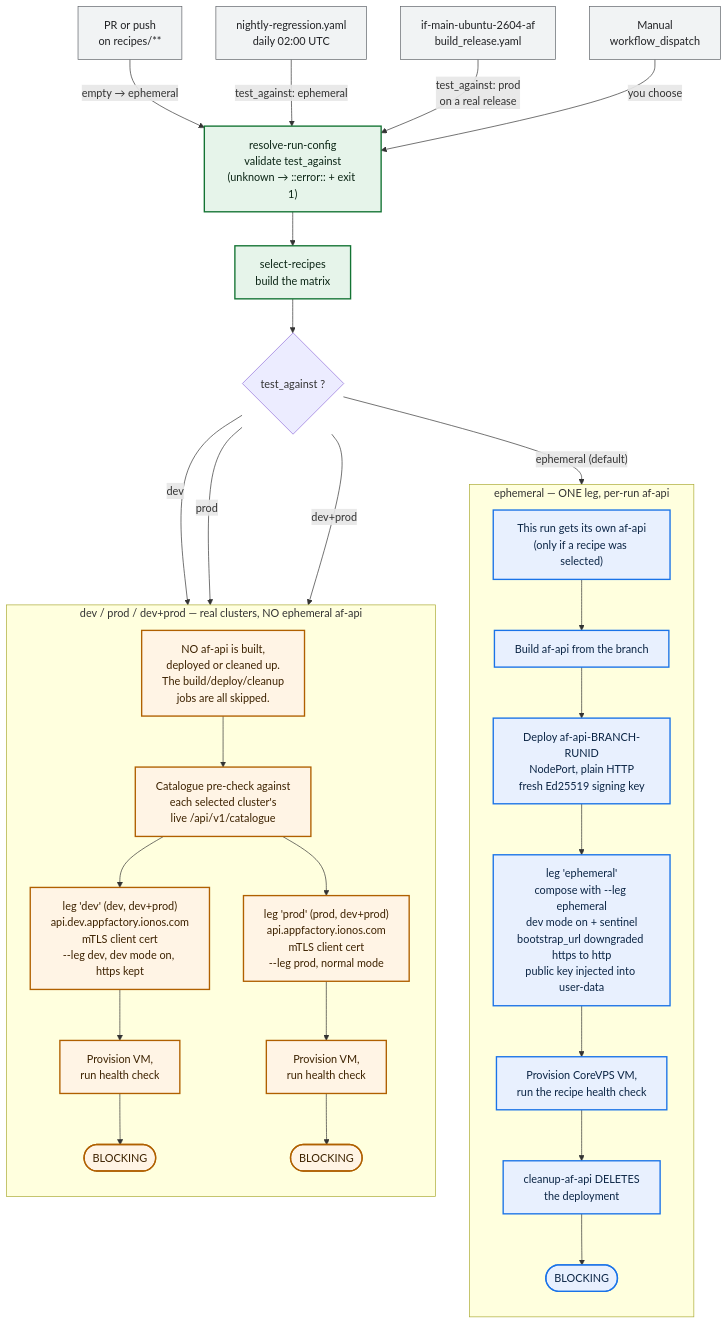
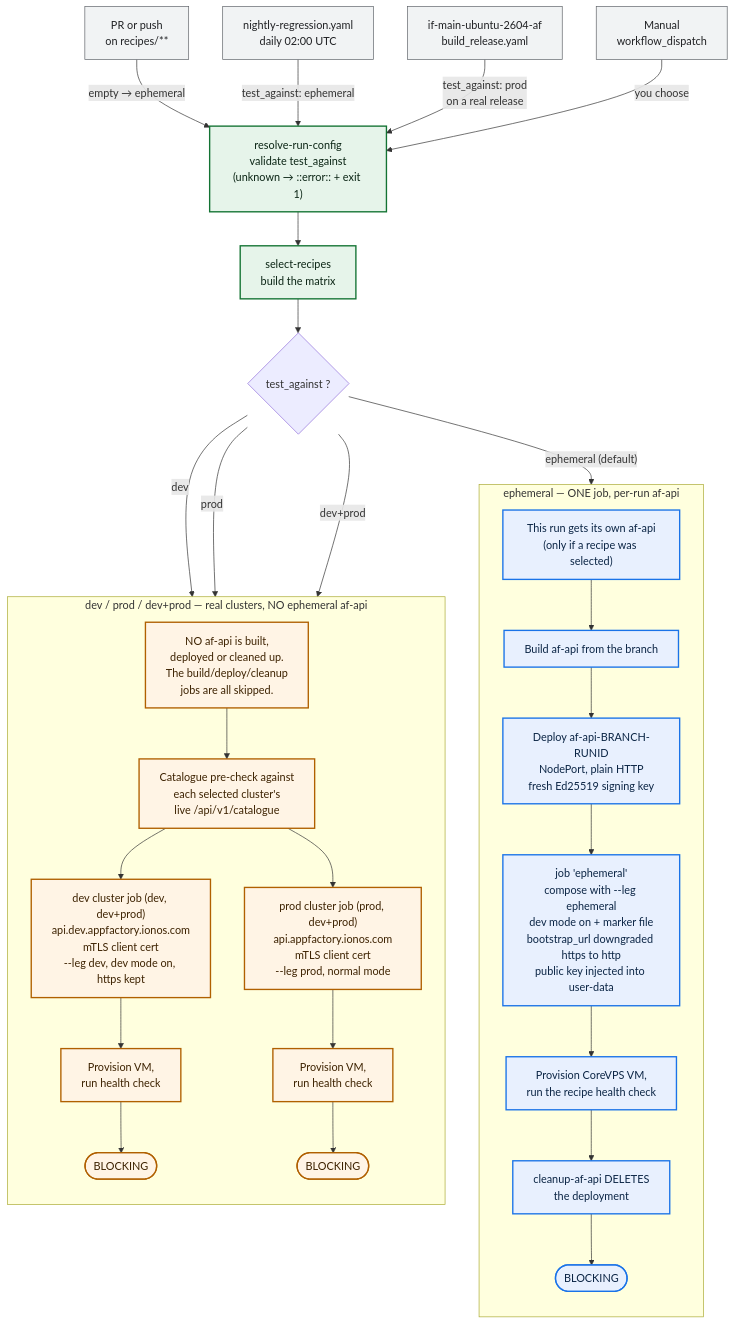
Before and after one commit to IONOS-Server-Technology/af-recipes-df-clone: the diagram in README.md, drawn with Mermaid.

Commit message:
docs: rename leg vocabulary in the test-targets diagram source (#104)

````diff
--- a/README.md
+++ b/README.md
@@ -500,62 +500,62 @@
 ```mermaid
 %% Source of truth for this diagram. The Confluence page "AF Recipe Testing —
-%% Pipeline Modes" carries a draw.io copy generated from this text, because
+%% Test Targets" carries a draw.io copy generated from this text, because
 %% Confluence has no Mermaid macro. Re-import it there after changing anything here.
 flowchart TD
     T1["PR or push<br/>on recipes/**"]
     T2["nightly-regression.yaml<br/>daily 02:00 UTC"]
     T3["if-main-ubuntu-2604-af<br/>build_release.yaml"]
     T4["Manual<br/>workflow_dispatch"]
 
     T1 -->|"empty → ephemeral"| RC
     T2 -->|"test_against: ephemeral"| RC
     T3 -->|"test_against: prod<br/>on a real release"| RC
     T4 -->|"you choose"| RC
 
     RC["resolve-run-config<br/>validate test_against<br/>(unknown → ::error:: + exit 1)"]
     SR["select-recipes<br/>build the matrix"]
     RC --> SR
     SR --> Q{"test_against ?"}
 
     Q -->|"ephemeral (default)"| E0
     Q -->|"dev"| R0
     Q -->|"prod"| R0
     Q -->|"dev+prod"| R0
 
-    subgraph EPH ["ephemeral — ONE leg, per-run af-api"]
+    subgraph EPH ["ephemeral — ONE job, per-run af-api"]
         direction TB
         E0["This run gets its own af-api<br/>(only if a recipe was selected)"]
         E1["Build af-api from the branch"]
         E2["Deploy af-api-BRANCH-RUNID<br/>NodePort, plain HTTP<br/>fresh Ed25519 signing key"]
-        E3["leg 'ephemeral'<br/>compose with --leg ephemeral<br/>dev mode on + sentinel<br/>bootstrap_url downgraded https to http<br/>public key injected into user-data"]
+        E3["job 'ephemeral'<br/>compose with --leg ephemeral<br/>dev mode on + marker file<br/>bootstrap_url downgraded https to http<br/>public key injected into user-data"]
         E4["Provision CoreVPS VM,<br/>run the recipe health check"]
         E5["cleanup-af-api DELETES<br/>the deployment"]
         E6(["BLOCKING"])
         E0 --> E1 --> E2 --> E3 --> E4 --> E5 --> E6
     end
 
     subgraph REAL ["dev / prod / dev+prod — real clusters, NO ephemeral af-api"]
         direction TB
         R0["NO af-api is built,<br/>deployed or cleaned up.<br/>The build/deploy/cleanup<br/>jobs are all skipped."]
         RCK["Catalogue pre-check against<br/>each selected cluster's<br/>live /api/v1/catalogue"]
-        RD["leg 'dev' (dev, dev+prod)<br/>api.dev.appfactory.ionos.com<br/>mTLS client cert<br/>--leg dev, dev mode on, https kept"]
-        RP["leg 'prod' (prod, dev+prod)<br/>api.appfactory.ionos.com<br/>mTLS client cert<br/>--leg prod, normal mode"]
+        RD["dev cluster job (dev, dev+prod)<br/>api.dev.appfactory.ionos.com<br/>mTLS client cert<br/>--leg dev, dev mode on, https kept"]
+        RP["prod cluster job (prod, dev+prod)<br/>api.appfactory.ionos.com<br/>mTLS client cert<br/>--leg prod, normal mode"]
         RDV["Provision VM,<br/>run health check"]
         RPV["Provision VM,<br/>run health check"]
         RDB(["BLOCKING"])
         RPB(["BLOCKING"])
         R0 --> RCK
         RCK --> RD --> RDV --> RDB
         RCK --> RP --> RPV --> RPB
     end
 
     classDef ephStyle fill:#E8F0FE,stroke:#1A73E8,stroke-width:2px,color:#0B2545
     classDef realStyle fill:#FFF4E5,stroke:#B06000,stroke-width:2px,color:#3D2200
     classDef trigStyle fill:#F1F3F4,stroke:#5F6368,stroke-width:1px,color:#202124
     classDef ctrlStyle fill:#E6F4EA,stroke:#137333,stroke-width:2px,color:#0B2515
 
     class T1,T2,T3,T4 trigStyle
     class RC,SR ctrlStyle
     class E0,E1,E2,E3,E4,E5,E6 ephStyle
     class R0,RCK,RD,RP,RDV,RPV,RDB,RPB realStyle
 ```
````
